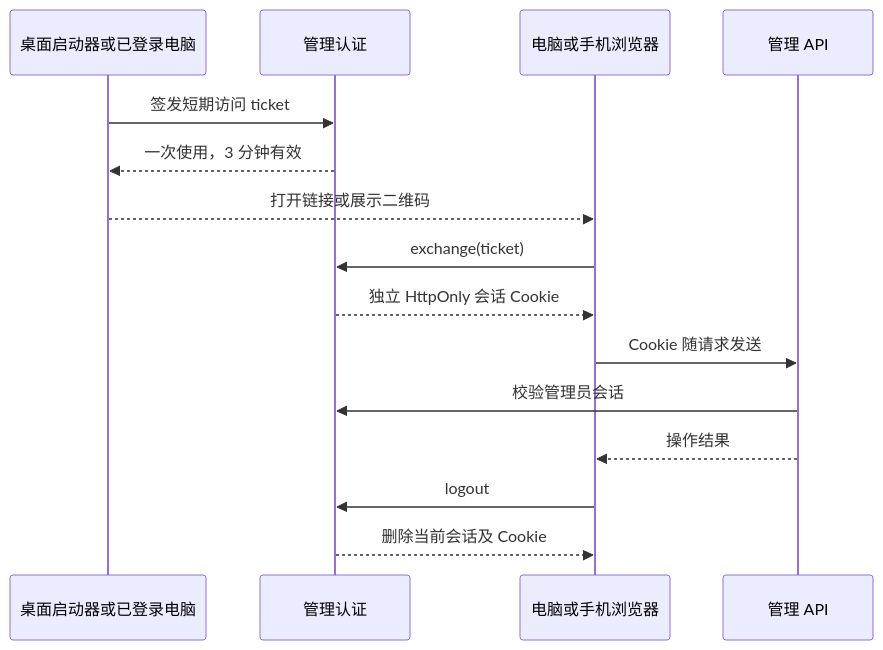
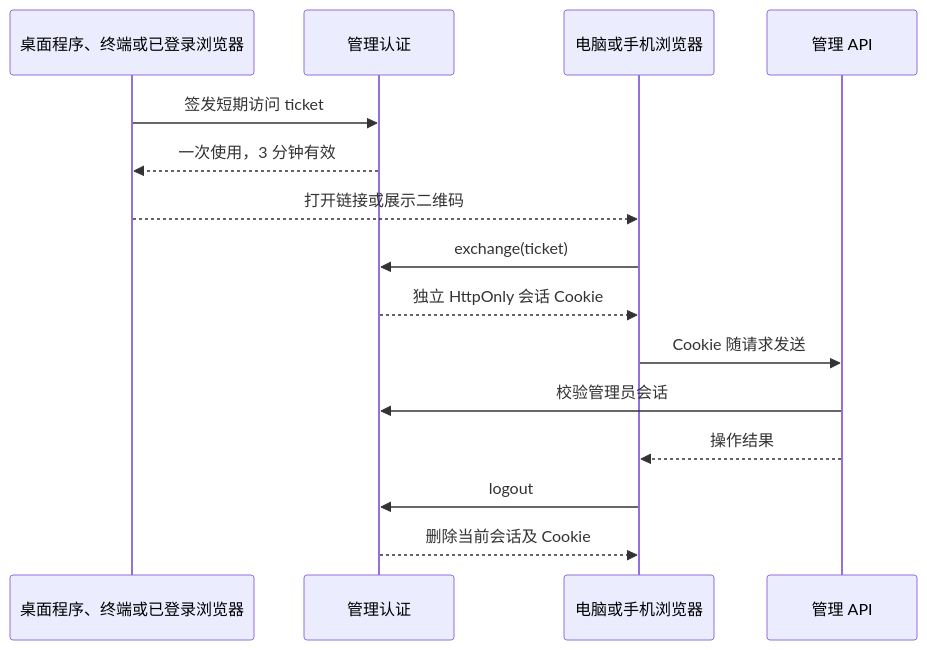
The first of 3 diagrams in docs/architecture/management-access.md (shengyusi-SYS/musicfs), drawn with Mermaid before and after one commit. The commit also changed other lines of this file and 23 other files, not shown here.

````diff
--- a/docs/architecture/management-access.md
+++ b/docs/architecture/management-access.md
@@ -15,17 +15,17 @@
 ```mermaid
 sequenceDiagram
-    participant Entry as 桌面启动器或已登录电脑
+    participant Entry as 桌面程序、终端或已登录浏览器
     participant Access as 管理认证
     participant Browser as 电脑或手机浏览器
     participant API as 管理 API
     Entry->>Access: 签发短期访问 ticket
     Access-->>Entry: 一次使用，3 分钟有效
     Entry-->>Browser: 打开链接或展示二维码
     Browser->>Access: exchange(ticket)
     Access-->>Browser: 独立 HttpOnly 会话 Cookie
     Browser->>API: Cookie 随请求发送
     API->>Access: 校验管理员会话
     API-->>Browser: 操作结果
     Browser->>Access: logout
     Access-->>Browser: 删除当前会话及 Cookie
 ```
````
